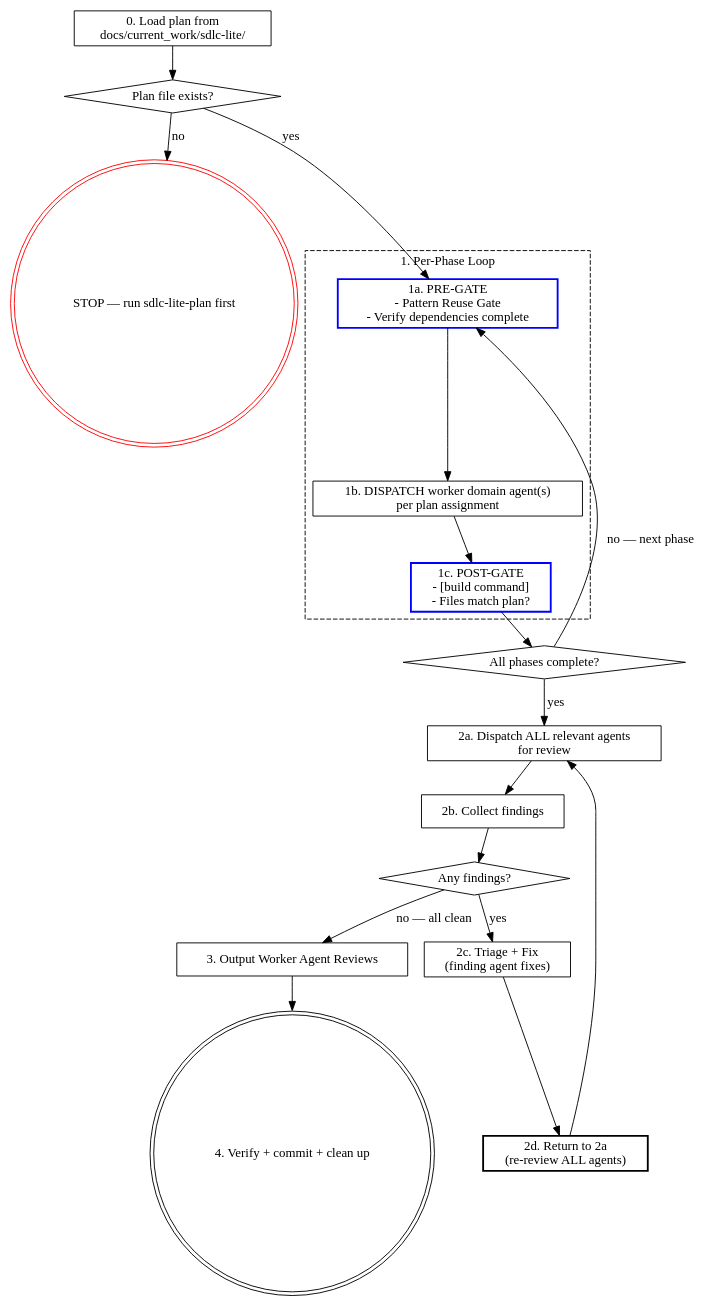
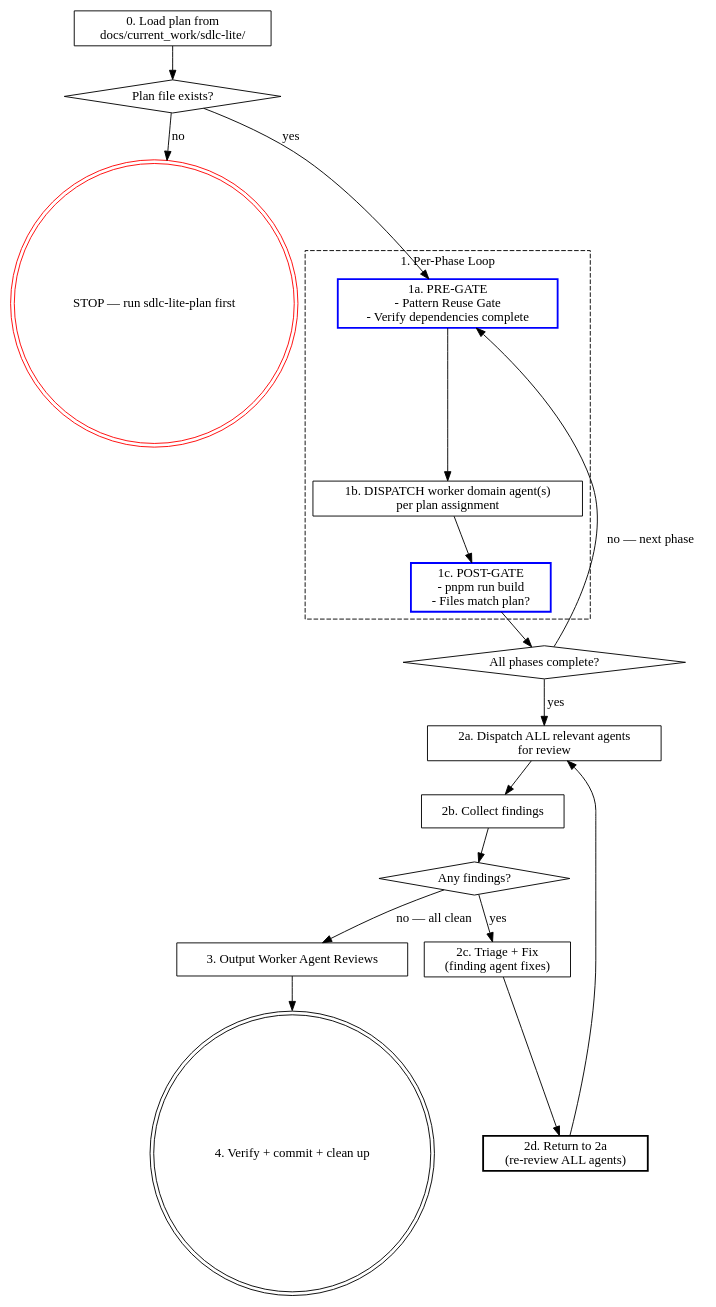
One commit to Inpacchi/mission-control changed the diagram in .claude/skills/sdlc-lite-execute/SKILL.md. Above: the diagram before and after it, drawn with Graphviz. The commit also changed other lines of this file and 71 other files, not shown here.

````diff
--- a/.claude/skills/sdlc-lite-execute/SKILL.md
+++ b/.claude/skills/sdlc-lite-execute/SKILL.md
@@ -21,43 +21,43 @@
 ```dot
 digraph sdlc_lite_execution {
     rankdir=TB;
 
     "0. Load plan from\ndocs/current_work/sdlc-lite/" [shape=box];
     "Plan file exists?" [shape=diamond];
     "STOP — run sdlc-lite-plan first" [shape=doublecircle, color=red];
 
     subgraph cluster_phase_loop {
         label="1. Per-Phase Loop";
         style=dashed;
 
         "1a. PRE-GATE\n- Pattern Reuse Gate\n- Verify dependencies complete" [shape=box, style=bold, color=blue];
         "1b. DISPATCH worker domain agent(s)\nper plan assignment" [shape=box];
-        "1c. POST-GATE\n- [build command]\n- Files match plan?" [shape=box, style=bold, color=blue];
+        "1c. POST-GATE\n- pnpm run build\n- Files match plan?" [shape=box, style=bold, color=blue];
     }
 
     "All phases complete?" [shape=diamond];
     "2a. Dispatch ALL relevant agents\nfor review" [shape=box];
     "2b. Collect findings" [shape=box];
     "Any findings?" [shape=diamond];
     "2c. Triage + Fix\n(finding agent fixes)" [shape=box];
     "2d. Return to 2a\n(re-review ALL agents)" [shape=box, style=bold];
     "3. Output Worker Agent Reviews" [shape=box];
     "4. Verify + commit + clean up" [shape=doublecircle];
 
     "0. Load plan from\ndocs/current_work/sdlc-lite/" -> "Plan file exists?";
     "Plan file exists?" -> "STOP — run sdlc-lite-plan first" [label="no"];
     "Plan file exists?" -> "1a. PRE-GATE\n- Pattern Reuse Gate\n- Verify dependencies complete" [label="yes"];
     "1a. PRE-GATE\n- Pattern Reuse Gate\n- Verify dependencies complete" -> "1b. DISPATCH worker domain agent(s)\nper plan assignment";
-    "1b. DISPATCH worker domain agent(s)\nper plan assignment" -> "1c. POST-GATE\n- [build command]\n- Files match plan?";
-    "1c. POST-GATE\n- [build command]\n- Files match plan?" -> "All phases complete?";
+    "1b. DISPATCH worker domain agent(s)\nper plan assignment" -> "1c. POST-GATE\n- pnpm run build\n- Files match plan?";
+    "1c. POST-GATE\n- pnpm run build\n- Files match plan?" -> "All phases complete?";
     "All phases complete?" -> "1a. PRE-GATE\n- Pattern Reuse Gate\n- Verify dependencies complete" [label="no — next phase"];
     "All phases complete?" -> "2a. Dispatch ALL relevant agents\nfor review" [label="yes"];
     "2a. Dispatch ALL relevant agents\nfor review" -> "2b. Collect findings";
     "2b. Collect findings" -> "Any findings?";
     "Any findings?" -> "2c. Triage + Fix\n(finding agent fixes)" [label="yes"];
     "2c. Triage + Fix\n(finding agent fixes)" -> "2d. Return to 2a\n(re-review ALL agents)";
     "2d. Return to 2a\n(re-review ALL agents)" -> "2a. Dispatch ALL relevant agents\nfor review";
     "Any findings?" -> "3. Output Worker Agent Reviews" [label="no — all clean"];
     "3. Output Worker Agent Reviews" -> "4. Verify + commit + clean up";
 }
 ```
````
